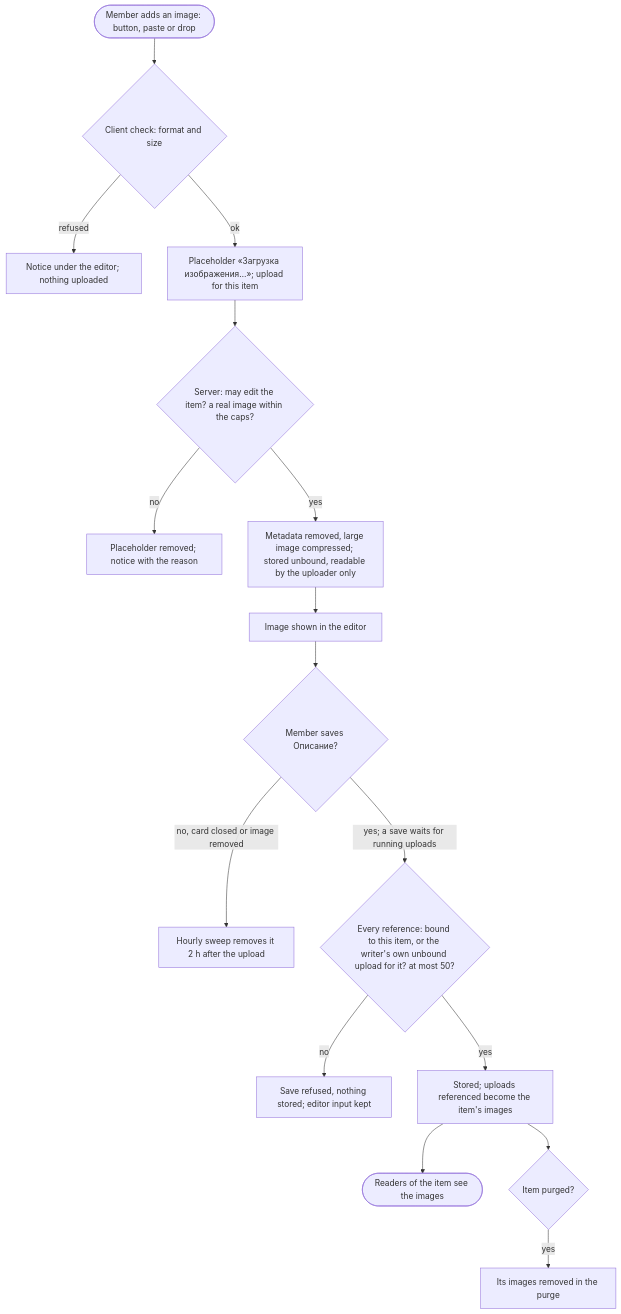
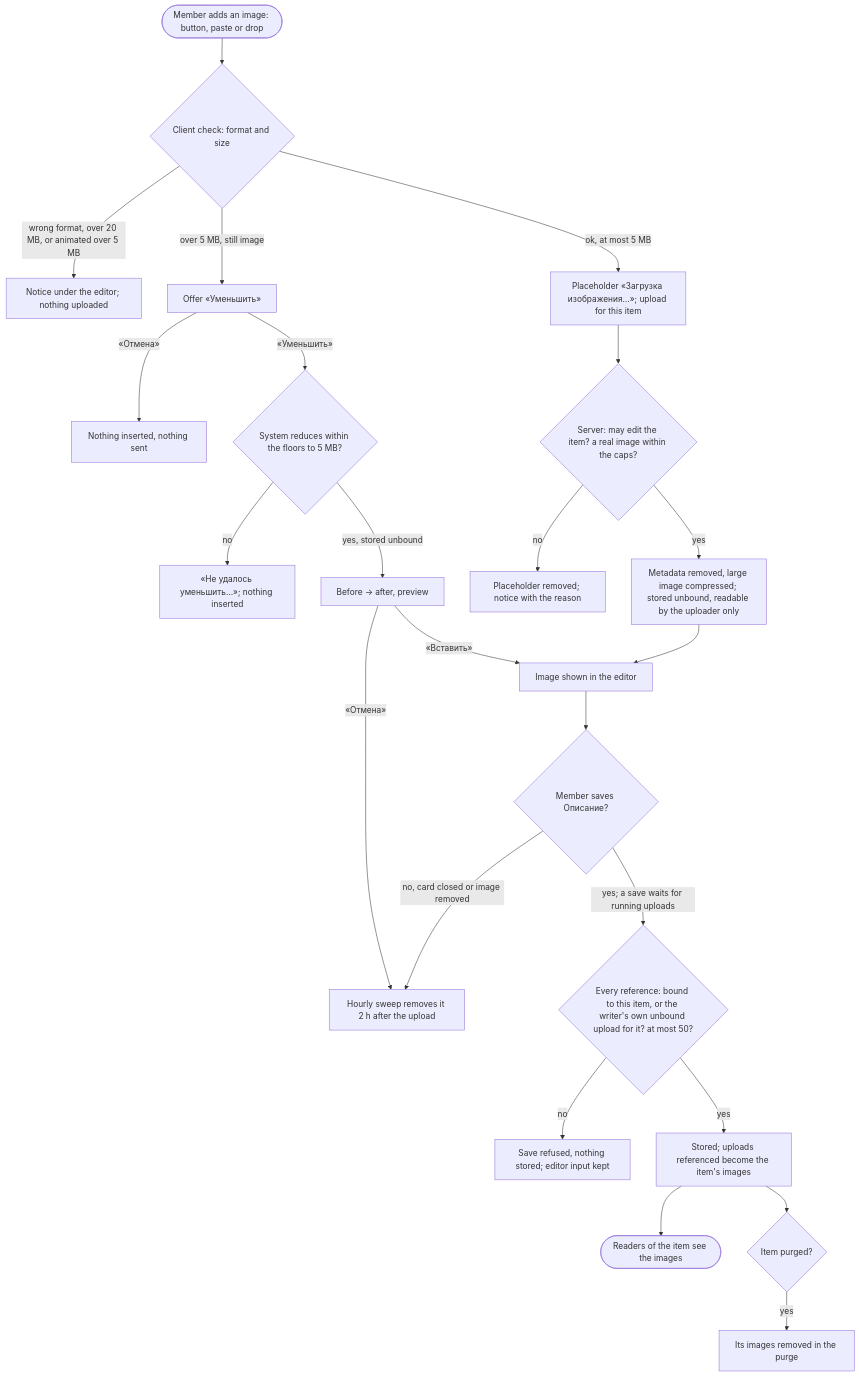
One commit to totKtoXam/mustask changed the diagram in docs/features/feat-078-description-images/spec.md. Above: the diagram before and after it, drawn with Mermaid. The commit also changed other lines of this file and 4 other files, not shown here.

````diff
--- a/docs/features/feat-078-description-images/spec.md
+++ b/docs/features/feat-078-description-images/spec.md
@@ -55,18 +62,25 @@
 ```mermaid
 flowchart TD
     A([Member adds an image: button, paste or drop]) --> B{Client check: format and size}
-    B -->|refused| B1[Notice under the editor; nothing uploaded]
-    B -->|ok| C[Placeholder «Загрузка изображения…»; upload for this item]
+    B -->|wrong format, over 20 MB, or animated over 5 MB| B1[Notice under the editor; nothing uploaded]
+    B -->|over 5 MB, still image| R[Offer «Уменьшить»]
+    R -->|«Отмена»| B2[Nothing inserted, nothing sent]
+    R -->|«Уменьшить»| R1{System reduces within the floors to 5 MB?}
+    R1 -->|no| R2[«Не удалось уменьшить…»; nothing inserted]
+    R1 -->|yes, stored unbound| R3[Before → after, preview]
+    R3 -->|«Отмена»| S
+    R3 -->|«Вставить»| F
+    B -->|ok, at most 5 MB| C[Placeholder «Загрузка изображения…»; upload for this item]
     C --> D{Server: may edit the item? a real image within the caps?}
     D -->|no| D1[Placeholder removed; notice with the reason]
     D -->|yes| E[Metadata removed, large image compressed; stored unbound, readable by the uploader only]
     E --> F[Image shown in the editor]
     F --> G{Member saves Описание?}
     G -->|no, card closed or image removed| S[Hourly sweep removes it 2 h after the upload]
     G -->|yes; a save waits for running uploads| H{Every reference: bound to this item, or the writer's own unbound upload for it? at most 50?}
     H -->|no| H1[Save refused, nothing stored; editor input kept]
     H -->|yes| I[Stored; uploads referenced become the item's images]
     I --> J([Readers of the item see the images])
     I --> K{Item purged?}
     K -->|yes| L[Its images removed in the purge]
 ```
````
